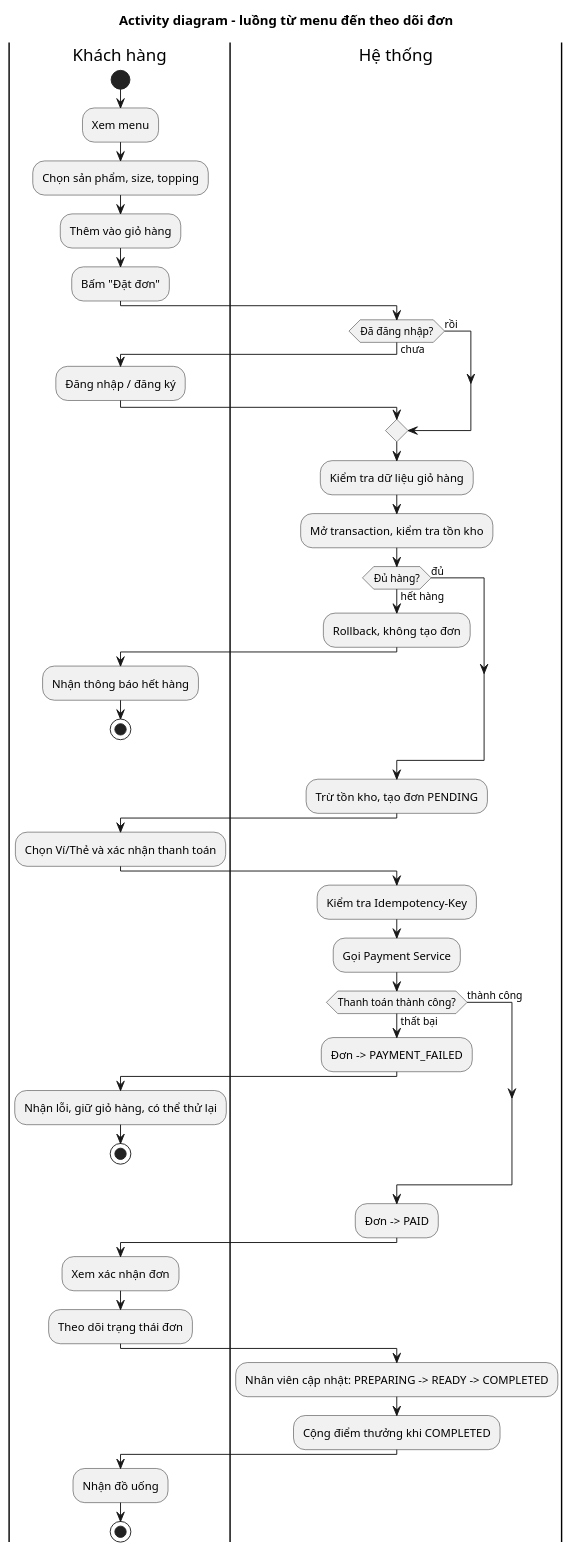
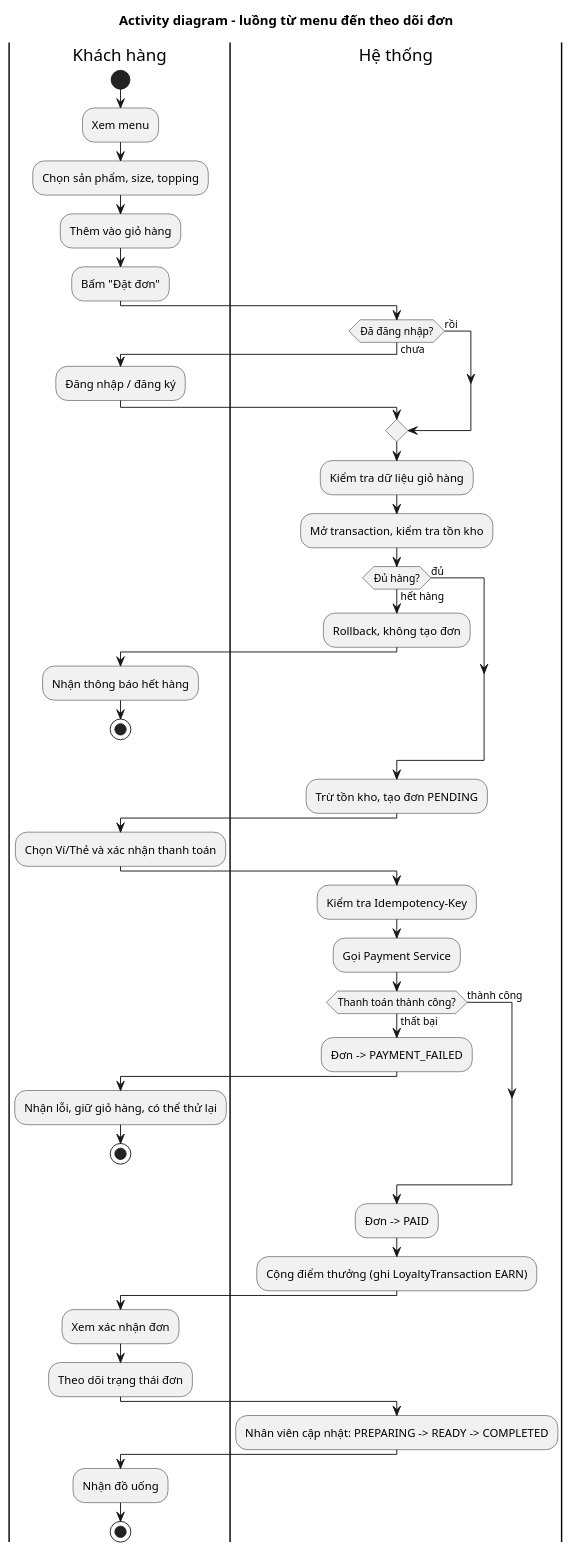
The diagram in docs/diagrams/activity-order-flow.puml (tthan-prog/BrewLite), drawn with PlantUML before and after one commit. The commit also changed 25 other files, not shown here.

Commit message:
fix: bổ sung LoyaltyTransaction, use-case UC-01, test trạng thái menu và PWA manifest (đối chiếu đề A2)

```diff
--- a/docs/diagrams/activity-order-flow.puml
+++ b/docs/diagrams/activity-order-flow.puml
@@ -1,58 +1,58 @@
 @startuml activity-order-flow
 title Activity diagram – luồng từ menu đến theo dõi đơn
 skinparam shadowing false
 
 |Khách hàng|
 start
 :Xem menu;
 :Chọn sản phẩm, size, topping;
 :Thêm vào giỏ hàng;
 :Bấm "Đặt đơn";
 
 |Hệ thống|
 if (Đã đăng nhập?) then (chưa)
   |Khách hàng|
   :Đăng nhập / đăng ký;
   |Hệ thống|
 else (rồi)
 endif
 :Kiểm tra dữ liệu giỏ hàng;
 :Mở transaction, kiểm tra tồn kho;
 if (Đủ hàng?) then (hết hàng)
   :Rollback, không tạo đơn;
   |Khách hàng|
   :Nhận thông báo hết hàng;
   stop
 else (đủ)
 endif
 |Hệ thống|
 :Trừ tồn kho, tạo đơn PENDING;
 
 |Khách hàng|
 :Chọn Ví/Thẻ và xác nhận thanh toán;
 
 |Hệ thống|
 :Kiểm tra Idempotency-Key;
 :Gọi Payment Service;
 if (Thanh toán thành công?) then (thất bại)
   :Đơn -> PAYMENT_FAILED;
   |Khách hàng|
   :Nhận lỗi, giữ giỏ hàng, có thể thử lại;
   stop
 else (thành công)
 endif
 |Hệ thống|
 :Đơn -> PAID;
+:Cộng điểm thưởng (ghi LoyaltyTransaction EARN);
 
 |Khách hàng|
 :Xem xác nhận đơn;
 :Theo dõi trạng thái đơn;
 
 |Hệ thống|
 :Nhân viên cập nhật: PREPARING -> READY -> COMPLETED;
-:Cộng điểm thưởng khi COMPLETED;
 
 |Khách hàng|
 :Nhận đồ uống;
 stop
 @enduml
```
